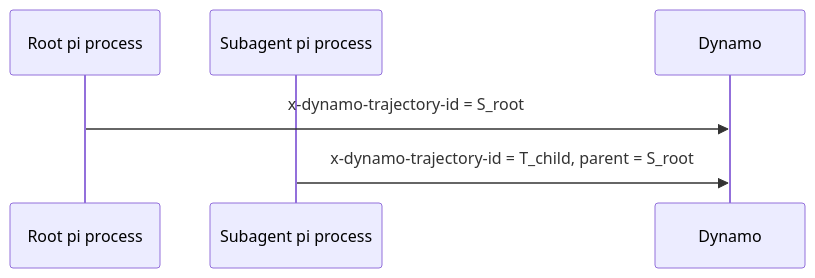
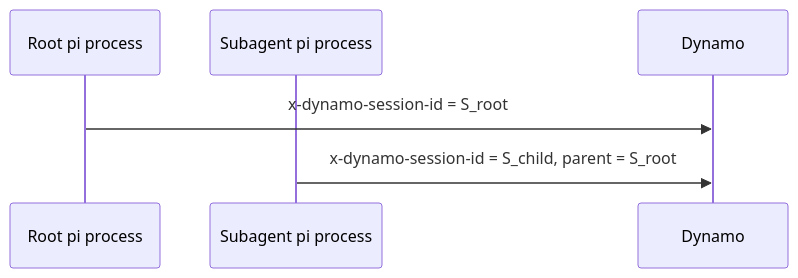
Before and after one commit to ai-dynamo/agent-plugins: the diagram in pi-plugin/README.md, drawn with Mermaid. The commit also changed other lines of this file and 17 other files, not shown here.

First line of the commit message:
refactor: use Dynamo session identity (#8)

````diff
--- a/pi-plugin/README.md
+++ b/pi-plugin/README.md
@@ -49,8 +50,8 @@
 ```mermaid
 sequenceDiagram
     participant Root as Root pi process
     participant Child as Subagent pi process
     participant Dynamo
-    Root->>Dynamo: x-dynamo-trajectory-id = S_root
-    Child->>Dynamo: x-dynamo-trajectory-id = T_child, parent = S_root
+    Root->>Dynamo: x-dynamo-session-id = S_root
+    Child->>Dynamo: x-dynamo-session-id = S_child, parent = S_root
 ```
````
